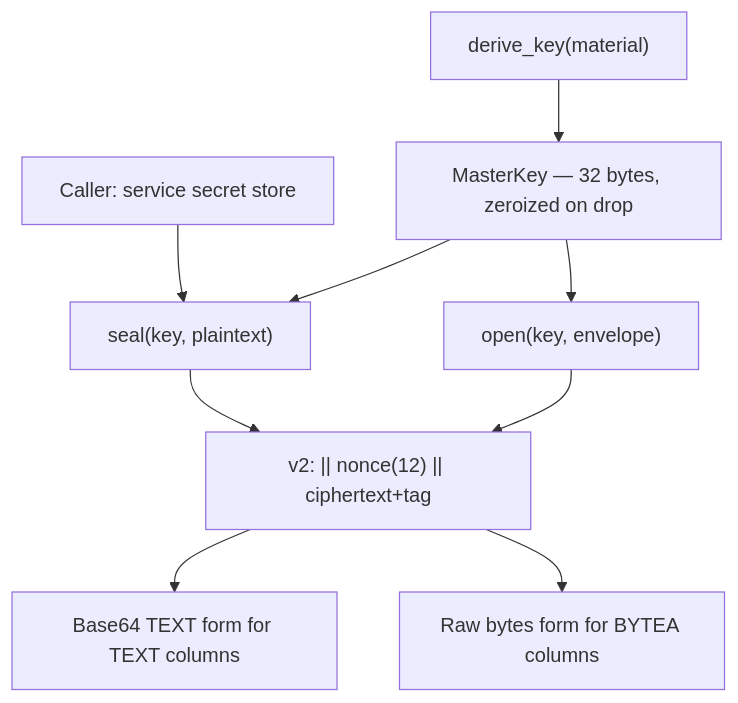
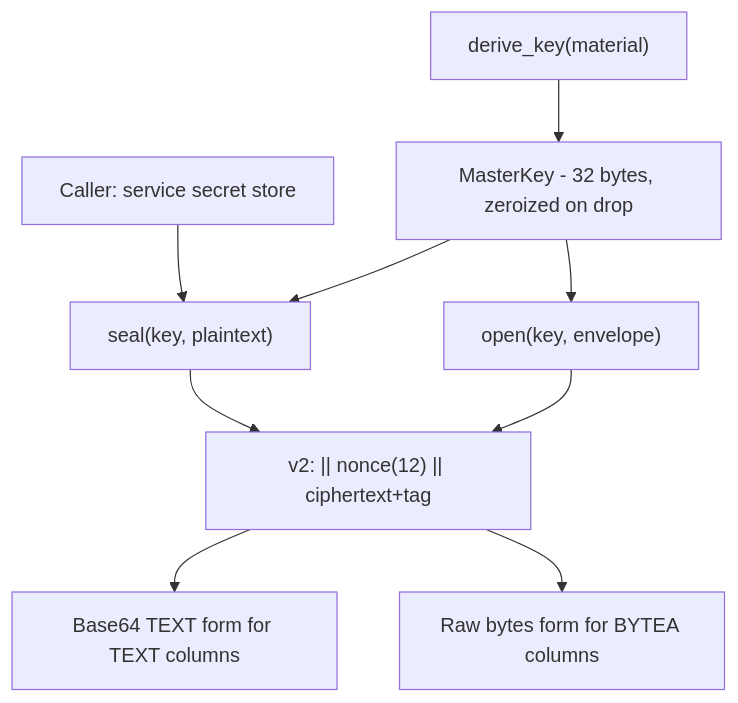
One commit to Sentin8/sentin8-sdk changed the diagram in core/crypto/README.md. Above: the diagram before and after it, drawn with Mermaid. The commit also changed other lines of this file and 107 other files, not shown here.

````diff
--- a/core/crypto/README.md
+++ b/core/crypto/README.md
@@ -27,11 +27,11 @@
 ```mermaid
 graph TD
     A[Caller: service secret store] --> B["seal(key, plaintext)"]
     B --> C["v2: || nonce(12) || ciphertext+tag"]
     C --> D[Base64 TEXT form for TEXT columns]
     C --> E[Raw bytes form for BYTEA columns]
     F["open(key, envelope)"] --> C
-    G[MasterKey — 32 bytes, zeroized on drop] --> B
+    G[MasterKey - 32 bytes, zeroized on drop] --> B
     G --> F
     H["derive_key(material)"] --> G
 ```
````
